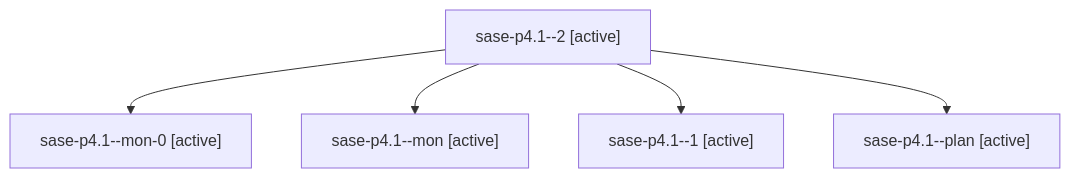
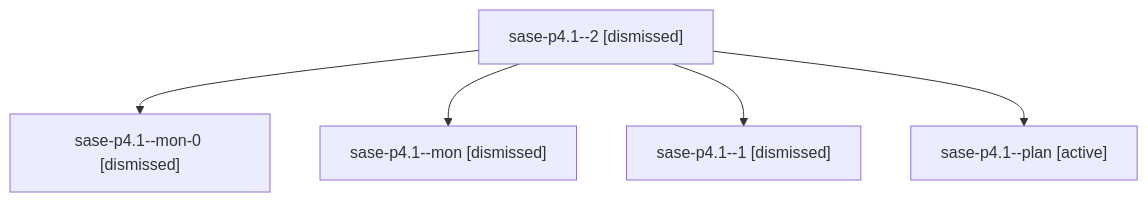
Before and after one commit to sase-org/sase--agents: the diagram in sessions/bbugyi200.athena.sase-p4.1.md, drawn with Mermaid. The commit also changed other lines of this file and 206 other files, not shown here.

````diff
--- a/sessions/bbugyi200.athena.sase-p4.1.md
+++ b/sessions/bbugyi200.athena.sase-p4.1.md
@@ -9,12 +9,12 @@
 ```mermaid
 flowchart TD
-  n0["sase-p4.1--2 [active]"]
-  n1["sase-p4.1--mon-0 [active]"]
+  n0["sase-p4.1--2 [dismissed]"]
+  n1["sase-p4.1--mon-0 [dismissed]"]
   n0 --> n1
-  n2["sase-p4.1--mon [active]"]
+  n2["sase-p4.1--mon [dismissed]"]
   n0 --> n2
-  n3["sase-p4.1--1 [active]"]
+  n3["sase-p4.1--1 [dismissed]"]
   n0 --> n3
   n4["sase-p4.1--plan [active]"]
   n0 --> n4
 ```
````
